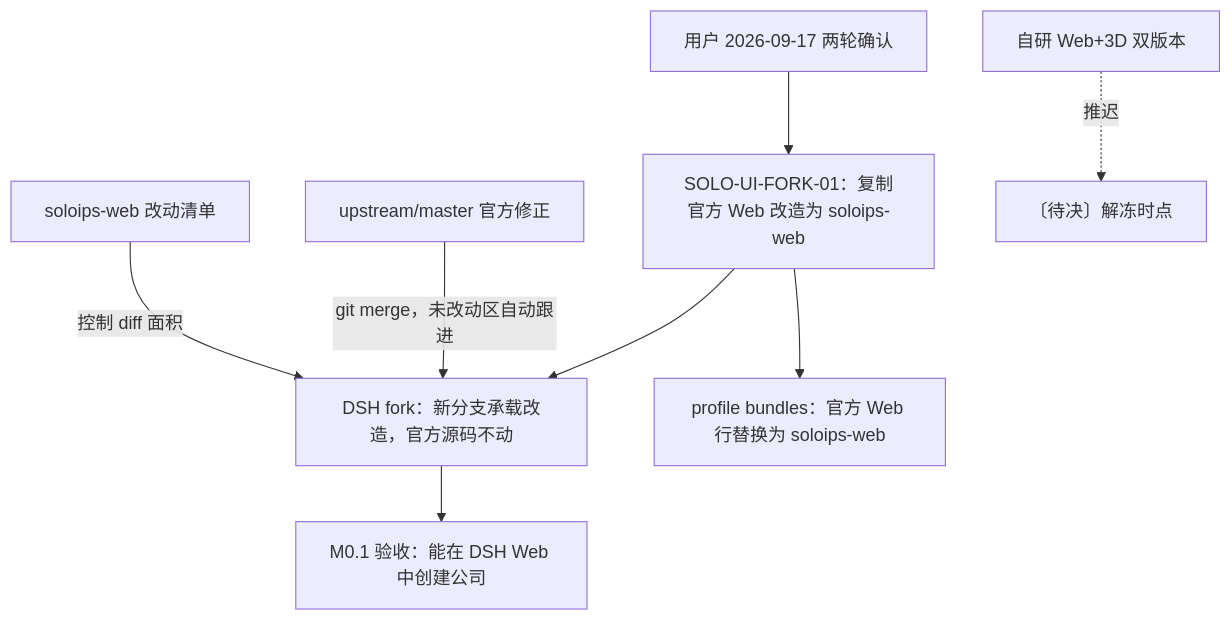
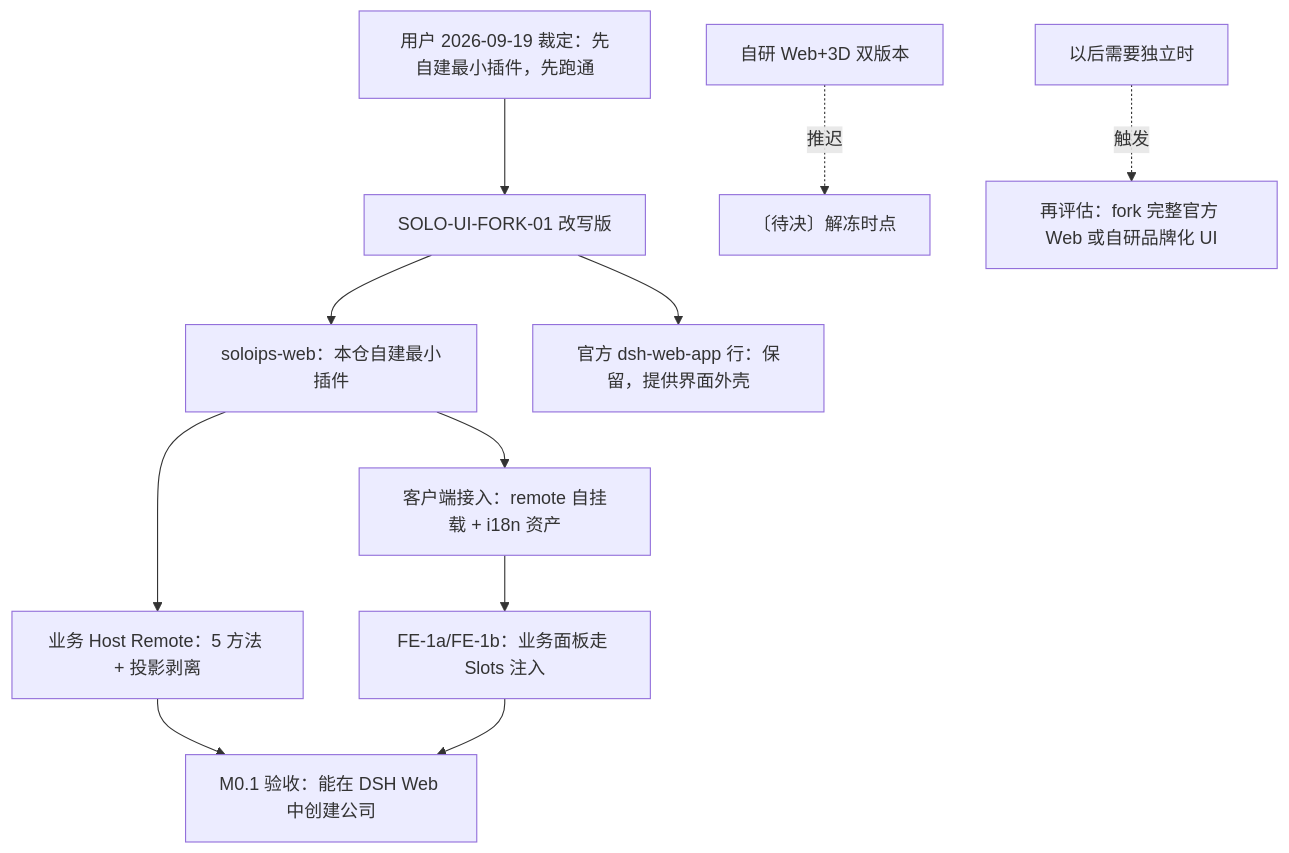
Before and after one commit to leinasi2014/soloips: the diagram in docs/decisions/web-ui-fork.md, drawn with Mermaid. The commit also changed other lines of this file and 12 other files, not shown here.

First line of the commit message:
docs(decisions): 界面路线改写为「本版自建最小插件，不 fork 官方 Web」（用户 2026-09-19 裁定）

````diff
--- a/docs/decisions/web-ui-fork.md
+++ b/docs/decisions/web-ui-fork.md
@@ -26,10 +47,13 @@
 ```mermaid
 flowchart TB
-    U[用户 2026-09-17 两轮确认] --> R[SOLO-UI-FORK-01：复制官方 Web 改造为 soloips-web]
-    R --> F[DSH fork：新分支承载改造，官方源码不动]
-    R --> P[profile bundles：官方 Web 行替换为 soloips-web]
-    O[upstream/master 官方修正] -->|git merge，未改动区自动跟进| F
-    C[soloips-web 改动清单] -->|控制 diff 面积| F
-    F --> A[M0.1 验收：能在 DSH Web 中创建公司]
-    D[自研 Web+3D 双版本] -.推迟.-> X[〔待决〕解冻时点]
+    U[用户 2026-09-19 裁定：先自建最小插件，先跑通] --> R[SOLO-UI-FORK-01 改写版]
+    R --> S[soloips-web：本仓自建最小插件]
+    R --> O[官方 dsh-web-app 行：保留，提供界面外壳]
+    S --> H[业务 Host Remote：5 方法 + 投影剥离]
+    S --> C[客户端接入：remote 自挂载 + i18n 资产]
+    H --> A[M0.1 验收：能在 DSH Web 中创建公司]
+    C --> F[FE-1a/FE-1b：业务面板走 Slots 注入]
+    F --> A
+    X[自研 Web+3D 双版本] -.推迟.-> Y[〔待决〕解冻时点]
+    Z[以后需要独立时] -.触发.-> W[再评估：fork 完整官方 Web 或自研品牌化 UI]
 ```
````
